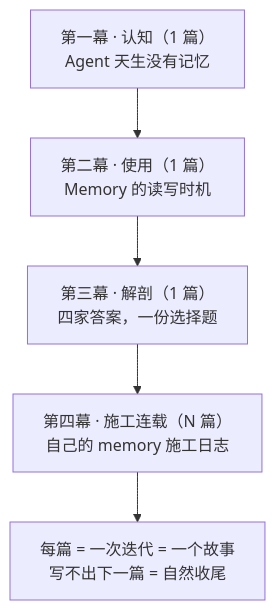
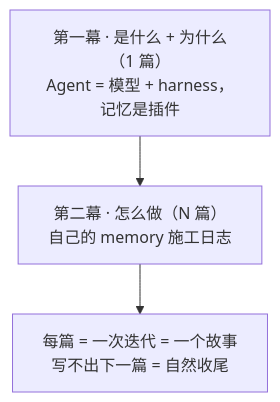
The diagram in obsidian/AI 应用/Agent 开发/04-构建个人 Agent/04.01-Memory/0. Memory 系列大纲.md (6owen/obsidian), drawn with Mermaid before and after one commit. The commit also changed other lines of this file, not shown here.

````diff
--- a/obsidian/AI 应用/Agent 开发/04-构建个人 Agent/04.01-Memory/0. Memory 系列大纲.md
+++ b/obsidian/AI 应用/Agent 开发/04-构建个人 Agent/04.01-Memory/0. Memory 系列大纲.md
@@ -25,7 +25,5 @@
 ```mermaid
 flowchart TD
-    A["第一幕 · 认知（1 篇）<br>Agent 天生没有记忆"] --> B["第二幕 · 使用（1 篇）<br>Memory 的读写时机"]
-    B --> C["第三幕 · 解剖（1 篇）<br>四家答案，一份选择题"]
-    C --> D["第四幕 · 施工连载（N 篇）<br>自己的 memory 施工日志"]
-    D --> D2["每篇 = 一次迭代 = 一个故事<br>写不出下一篇 = 自然收尾"]
+    A["第一幕 · 是什么 + 为什么（1 篇）<br>Agent = 模型 + harness，记忆是插件"] --> B["第二幕 · 怎么做（N 篇）<br>自己的 memory 施工日志"]
+    B --> C2["每篇 = 一次迭代 = 一个故事<br>写不出下一篇 = 自然收尾"]
 ```
````
